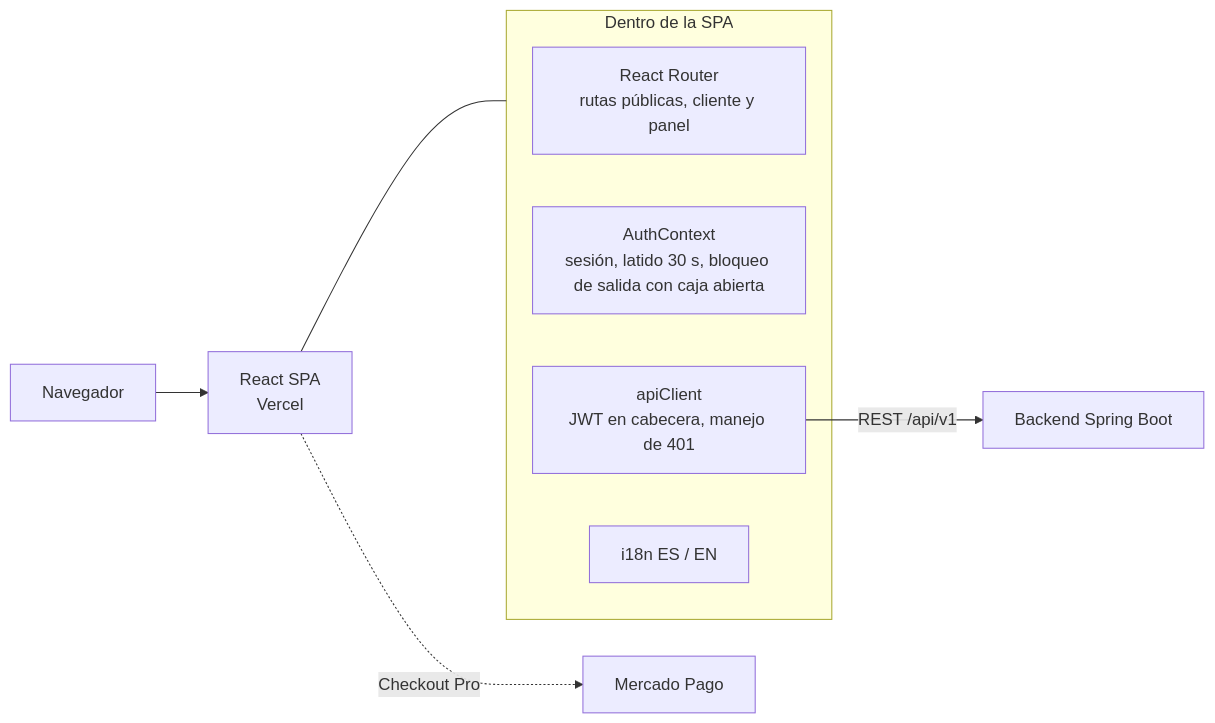
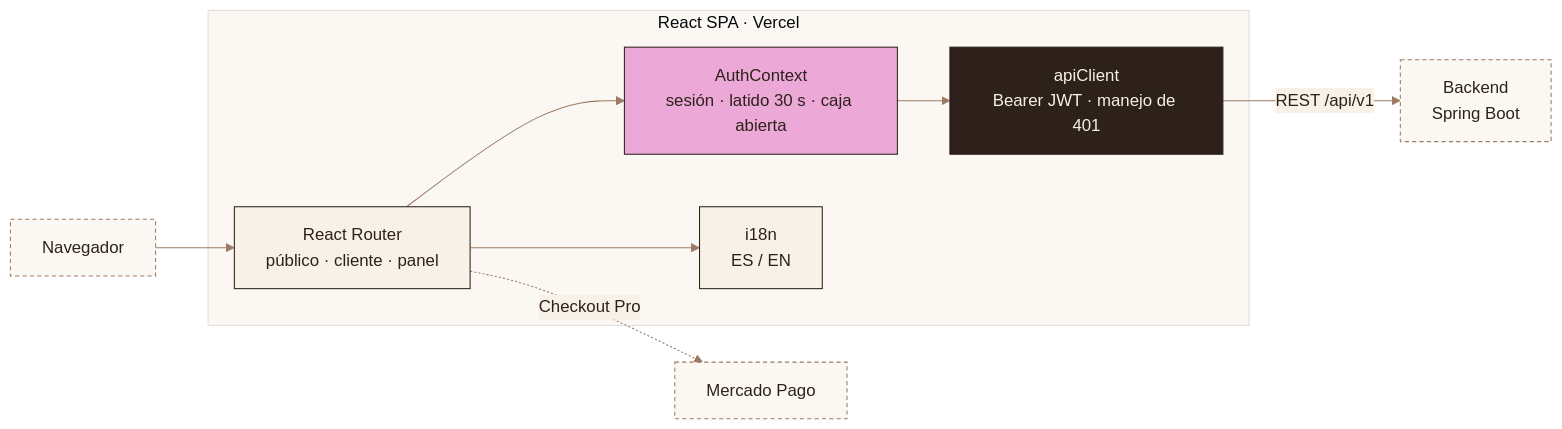
One commit to HotelGotitass/Hotel-frontend changed the first of 5 diagrams in README.md. Above: the diagram before and after it, drawn with Mermaid. The commit also changed other lines of this file, not shown here.

Commit message:
docs: rediseno del README con encabezado, tarjetas y diagramas con la paleta de marca

````diff
--- a/README.md
+++ b/README.md
@@ -21,13 +37,15 @@
 ```mermaid
+%%{init: {"theme":"base","themeVariables":{"primaryColor":"#F7F1E8","primaryTextColor":"#2E211B","primaryBorderColor":"#2E211B","lineColor":"#9C7A63","secondaryColor":"#ECA8D6","tertiaryColor":"#FBF8F3","edgeLabelBackground":"#F7F1E8","noteBkgColor":"#ECA8D6","noteTextColor":"#2E211B","noteBorderColor":"#2E211B","actorBkg":"#2E211B","actorTextColor":"#F7F1E8","actorBorder":"#2E211B","actorLineColor":"#9C7A63","signalColor":"#9C7A63","signalTextColor":"#9C7A63","labelBoxBkgColor":"#ECA8D6","labelTextColor":"#2E211B","loopTextColor":"#9C7A63","attributeBackgroundColorOdd":"#FBF8F3","attributeBackgroundColorEven":"#F7F1E8"}}}%%
 flowchart LR
-    B["Navegador"] --> SPA["React SPA<br/>Vercel"]
-    subgraph SPA_INT["Dentro de la SPA"]
-        R["React Router<br/>rutas públicas, cliente y panel"]
-        AC["AuthContext<br/>sesión, latido 30 s, bloqueo de salida con caja abierta"]
-        API["apiClient<br/>JWT en cabecera, manejo de 401"]
-        I18N["i18n ES / EN"]
+    B["Navegador"]:::ext --> R["React Router<br/>público · cliente · panel"]
+    subgraph SPA["React SPA · Vercel"]
+        R --> AC["AuthContext<br/>sesión · latido 30 s · caja abierta"]:::accent
+        R --> I18N["i18n<br/>ES / EN"]
+        AC --> API["apiClient<br/>Bearer JWT · manejo de 401"]:::dark
     end
-    SPA --- SPA_INT
-    API -->|"REST /api/v1"| BE["Backend Spring Boot"]
-    SPA -.->|"Checkout Pro"| MP["Mercado Pago"]
+    API -->|"REST /api/v1"| BE["Backend<br/>Spring Boot"]:::ext
+    R -.->|"Checkout Pro"| MP["Mercado Pago"]:::ext
+    classDef dark fill:#2E211B,stroke:#2E211B,color:#F7F1E8
+    classDef accent fill:#ECA8D6,stroke:#2E211B,color:#2E211B
+    classDef ext fill:#FBF8F3,stroke:#9C7A63,color:#2E211B,stroke-dasharray:4 3
 ```
````
